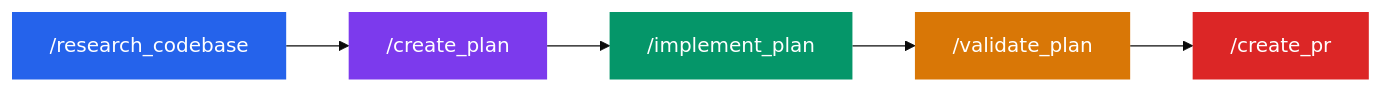
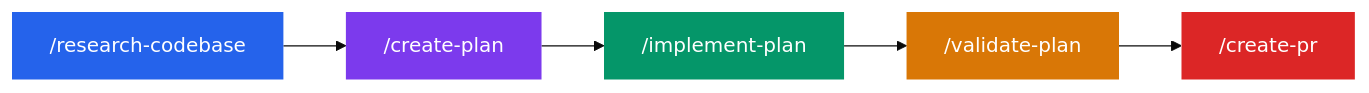
One commit to coalesce-labs/catalyst changed the diagram in website/src/content/docs/getting-started/introduction.mdx. Above: the diagram before and after it, drawn with Mermaid (base theme). The commit also changed other lines of this file and 7 other files, not shown here.

````diff
--- a/website/src/content/docs/getting-started/introduction.mdx
+++ b/website/src/content/docs/getting-started/introduction.mdx
@@ -50,13 +50,13 @@
 ```mermaid
 graph LR
-    R["/research_codebase"] --> P["/create_plan"]
-    P --> I["/implement_plan"]
-    I --> V["/validate_plan"]
-    V --> S["/create_pr"]
+    R["/research-codebase"] --> P["/create-plan"]
+    P --> I["/implement-plan"]
+    I --> V["/validate-plan"]
+    V --> S["/create-pr"]
 
     style R fill:#2563eb,color:#fff,stroke:none
     style P fill:#7c3aed,color:#fff,stroke:none
     style I fill:#059669,color:#fff,stroke:none
     style V fill:#d97706,color:#fff,stroke:none
     style S fill:#dc2626,color:#fff,stroke:none
 ```
````
